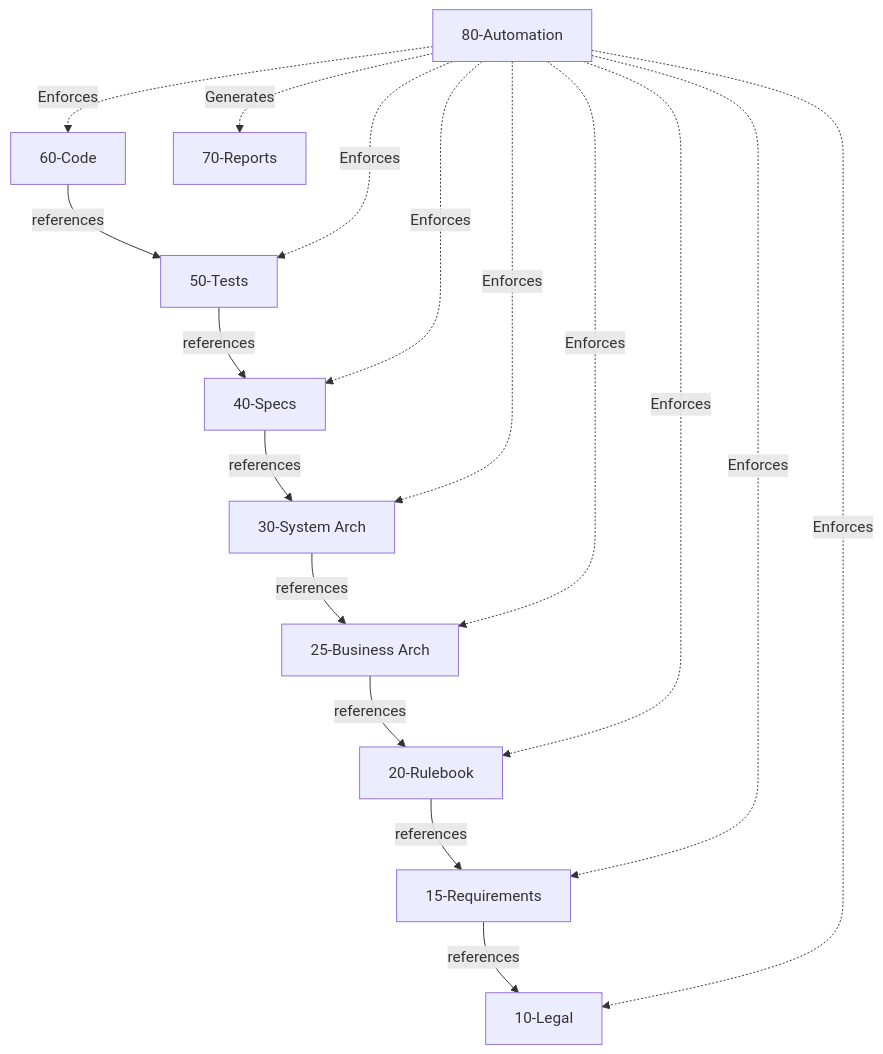
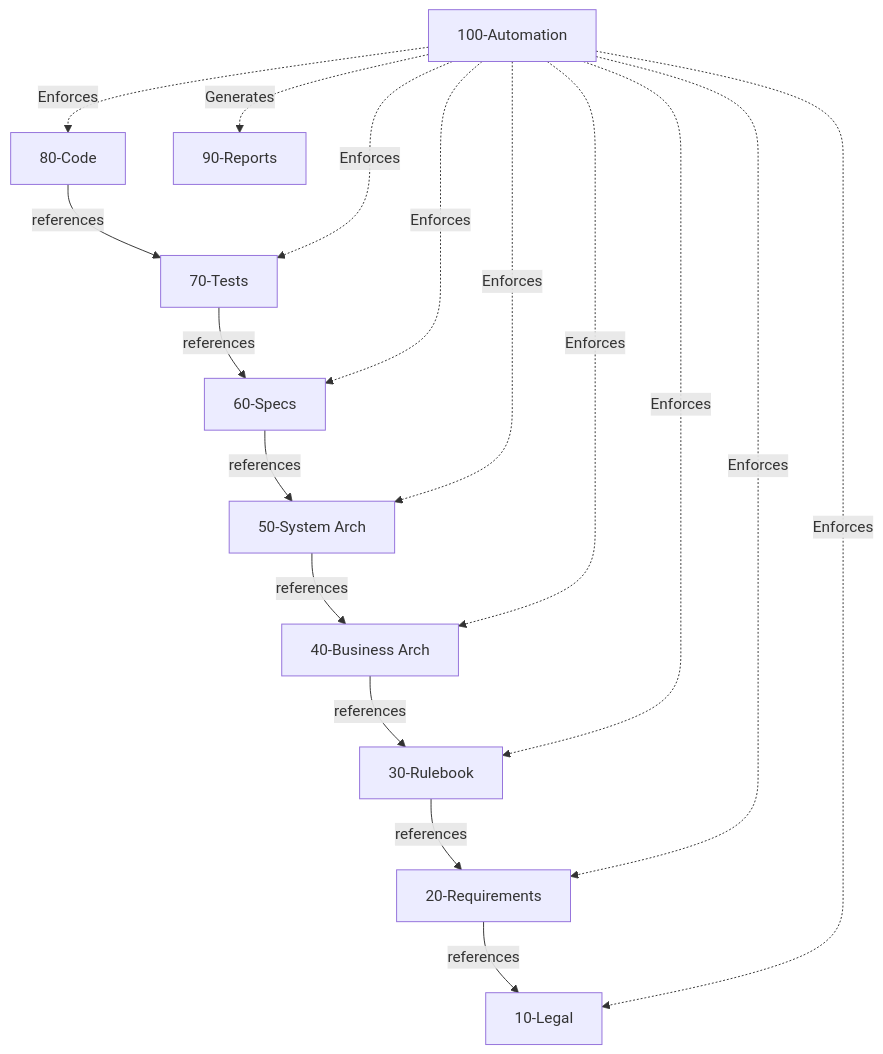
One commit to nnworkspace/presentations changed the first of 7 diagrams in elan_intro.md. Above: the diagram before and after it, drawn with Mermaid. The commit also changed other lines of this file, not shown here.

````diff
--- a/elan_intro.md
+++ b/elan_intro.md
@@ -135,21 +135,21 @@
 ```mermaid {scale: 0.45}
 graph TD
-    Req[15-Requirements] --> |references| L[10-Legal]
-    R[20-Rulebook] --> |references| Req
-    BA[25-Business Arch] --> |references| R
-    SA[30-System Arch] --> |references| BA
-    S[40-Specs] --> |references| SA
-    T[50-Tests] --> |references| S
-    C[60-Code] --> |references| T
+    Req[20-Requirements] --> |references| L[10-Legal]
+    R[30-Rulebook] --> |references| Req
+    BA[40-Business Arch] --> |references| R
+    SA[50-System Arch] --> |references| BA
+    S[60-Specs] --> |references| SA
+    T[70-Tests] --> |references| S
+    C[80-Code] --> |references| T
     
-    auth[80-Automation] -.->|Enforces| L
+    auth[100-Automation] -.->|Enforces| L
     auth -.->|Enforces| Req
     auth -.->|Enforces| R
     auth -.->|Enforces| BA
     auth -.->|Enforces| SA
     auth -.->|Enforces| S
     auth -.->|Enforces| T
     auth -.->|Enforces| C
-    auth -.->|Generates| Rep[70-Reports]
+    auth -.->|Generates| Rep[90-Reports]
     
 ```
````
